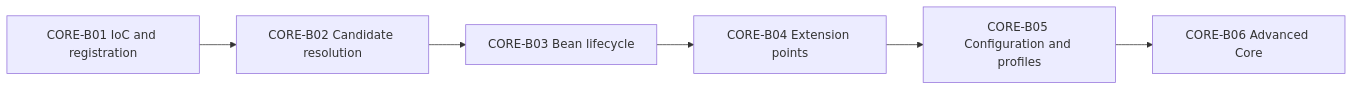
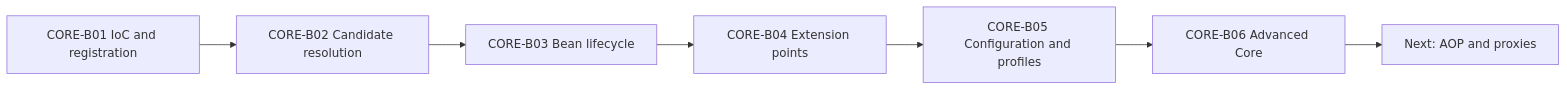
One commit to alimbetov/obsidian changed the diagram in 30_CERTIFICATIONS/Spring/2V0-72.22/Spring Core Card Roadmap.md. Above: the diagram before and after it, drawn with Mermaid. The commit also changed other lines of this file, not shown here.

Commit message:
Complete Spring Core roadmap with CORE-B06

````diff
--- a/30_CERTIFICATIONS/Spring/2V0-72.22/Spring Core Card Roadmap.md
+++ b/30_CERTIFICATIONS/Spring/2V0-72.22/Spring Core Card Roadmap.md
@@ -46,8 +46,9 @@
 ```mermaid
 flowchart LR
     B1[CORE-B01 IoC and registration] --> B2[CORE-B02 Candidate resolution]
     B2 --> B3[CORE-B03 Bean lifecycle]
     B3 --> B4[CORE-B04 Extension points]
     B4 --> B5[CORE-B05 Configuration and profiles]
     B5 --> B6[CORE-B06 Advanced Core]
+    B6 --> AOP[Next: AOP and proxies]
 ```
````
